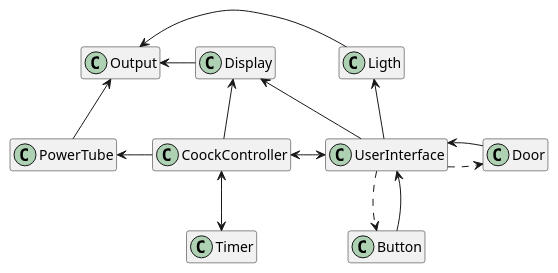
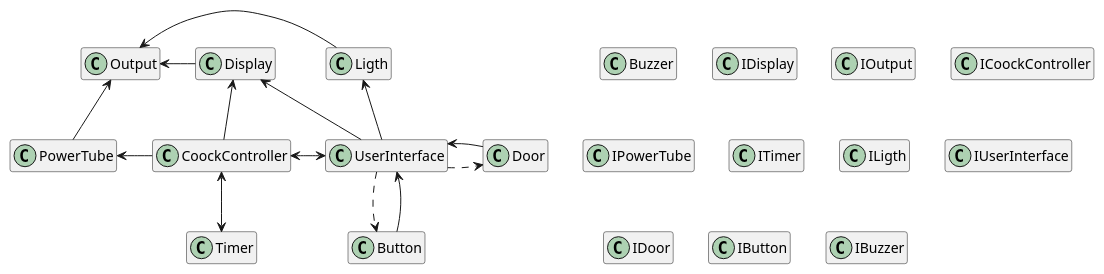
One commit to MartinStokholm/SWTExercise3 changed the diagram in ClassDiagram.puml. Above: the diagram before and after it, drawn with PlantUML. The commit also changed 1 other file, not shown here.

Commit message:
plantuml more stuff

```diff
--- a/ClassDiagram.puml
+++ b/ClassDiagram.puml
@@ -1,33 +1,45 @@
 @startuml
 
 hide members
 
 class Display
 class Output
 class CoockController
 class PowerTube
 class Timer
 class Ligth
 class UserInterface
 class Door
 class Button 
+class Buzzer
+
+class IDisplay
+class IOutput
+class ICoockController
+class IPowerTube
+class ITimer
+class ILigth
+class IUserInterface
+class IDoor
+class IButton 
+class IBuzzer
 
 CoockController <-d-> Timer
 CoockController -l-> PowerTube
 CoockController -u-> Display
 CoockController <-r-> UserInterface
   UserInterface -l-> Display
   UserInterface -u-> Ligth
 
  
  UserInterface .d.> Button
  UserInterface .d.> Door
  Door -r-> UserInterface
  Button -d-> UserInterface 
 
 Output <-r- Ligth
 Output <-r- Display
 Output <-d- PowerTube 
 
 
 @enduml
```
